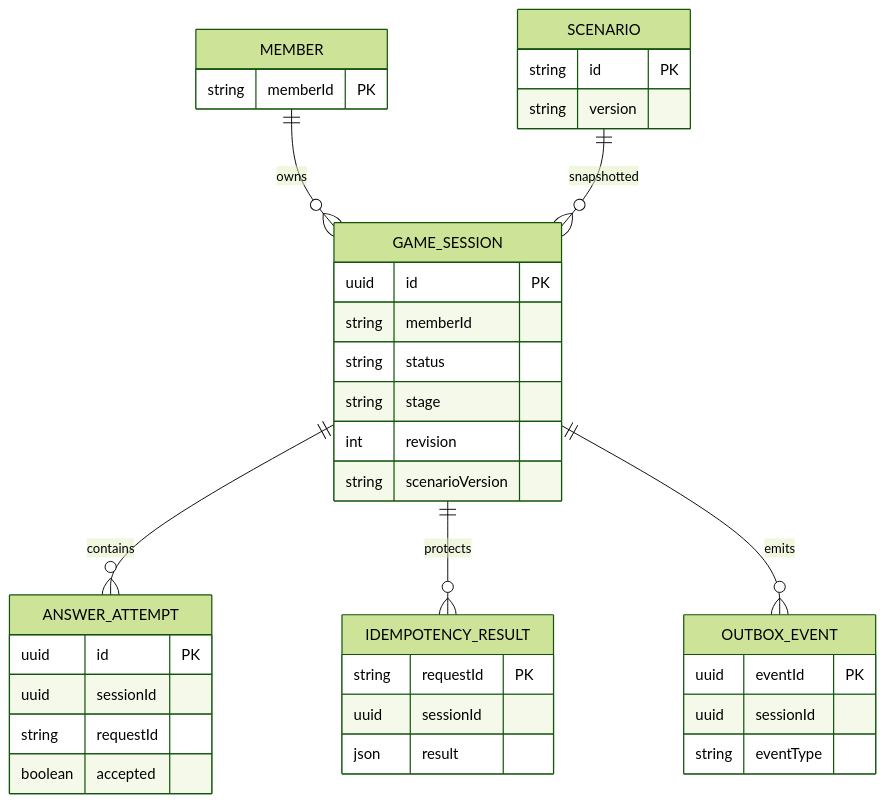
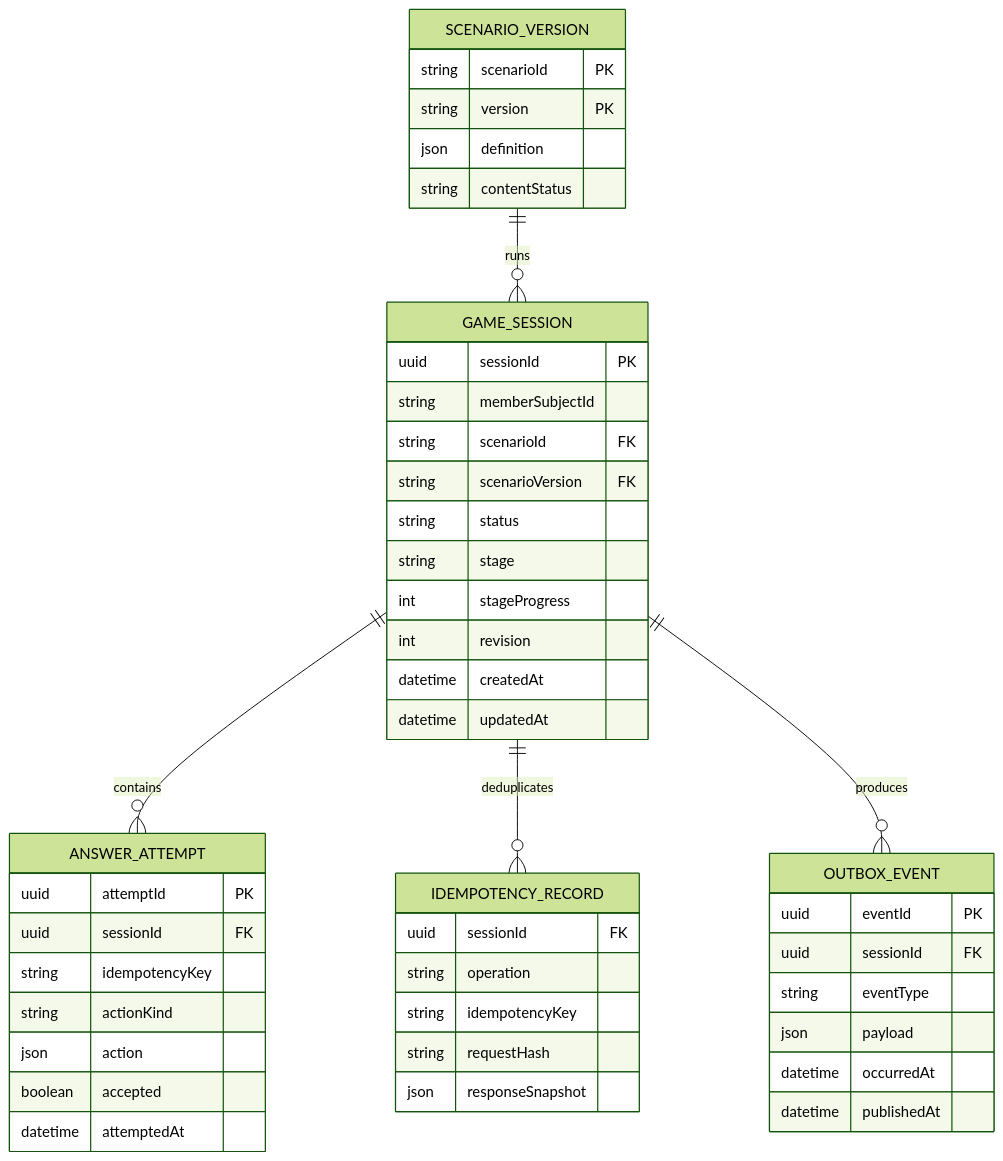
The diagram in first-set/sa/docs/04-data-model.md (spicerrr/ddx-first-approach), drawn with Mermaid (forest theme) before and after one commit. The commit also changed other lines of this file, not shown here.

Commit message:
refactor(sa): align mechanics, session transitions and data invariants

````diff
--- a/first-set/sa/docs/04-data-model.md
+++ b/first-set/sa/docs/04-data-model.md
@@ -3,14 +5,49 @@
 ```mermaid
 erDiagram
-  MEMBER ||--o{ GAME_SESSION : owns
-  SCENARIO ||--o{ GAME_SESSION : snapshotted
+  SCENARIO_VERSION ||--o{ GAME_SESSION : runs
   GAME_SESSION ||--o{ ANSWER_ATTEMPT : contains
-  GAME_SESSION ||--o{ IDEMPOTENCY_RESULT : protects
-  GAME_SESSION ||--o{ OUTBOX_EVENT : emits
-  MEMBER { string memberId PK }
-  SCENARIO { string id PK string version }
-  GAME_SESSION { uuid id PK string memberId string status string stage int revision string scenarioVersion }
-  ANSWER_ATTEMPT { uuid id PK uuid sessionId string requestId boolean accepted }
-  IDEMPOTENCY_RESULT { string requestId PK uuid sessionId json result }
-  OUTBOX_EVENT { uuid eventId PK uuid sessionId string eventType }
+  GAME_SESSION ||--o{ IDEMPOTENCY_RECORD : deduplicates
+  GAME_SESSION ||--o{ OUTBOX_EVENT : produces
+  SCENARIO_VERSION {
+    string scenarioId PK
+    string version PK
+    json definition
+    string contentStatus
+  }
+  GAME_SESSION {
+    uuid sessionId PK
+    string memberSubjectId
+    string scenarioId FK
+    string scenarioVersion FK
+    string status
+    string stage
+    int stageProgress
+    int revision
+    datetime createdAt
+    datetime updatedAt
+  }
+  ANSWER_ATTEMPT {
+    uuid attemptId PK
+    uuid sessionId FK
+    string idempotencyKey
+    string actionKind
+    json action
+    boolean accepted
+    datetime attemptedAt
+  }
+  IDEMPOTENCY_RECORD {
+    uuid sessionId FK
+    string operation
+    string idempotencyKey
+    string requestHash
+    json responseSnapshot
+  }
+  OUTBOX_EVENT {
+    uuid eventId PK
+    uuid sessionId FK
+    string eventType
+    json payload
+    datetime occurredAt
+    datetime publishedAt
+  }
 ```
````
